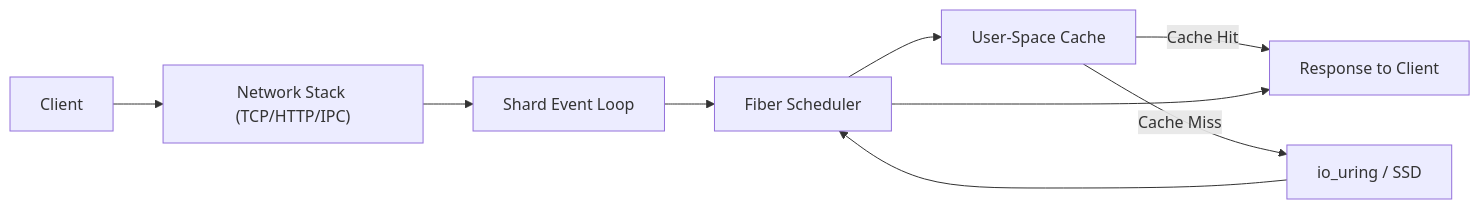
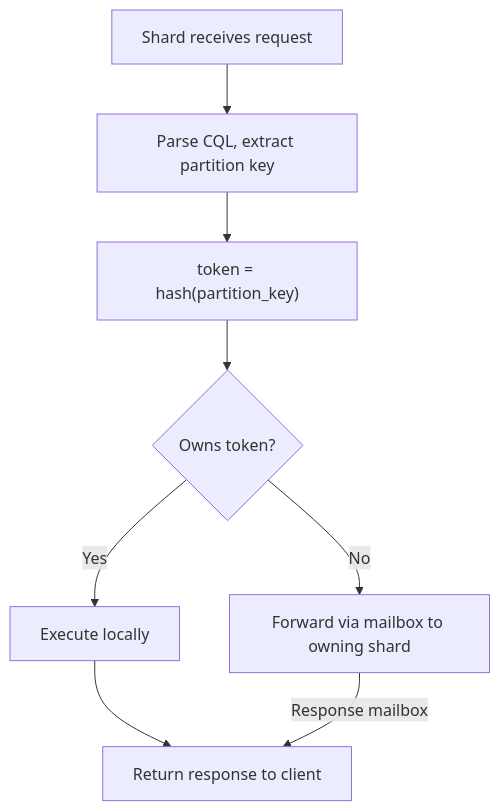
Before and after one commit to patricklbell/plexdb: the second of 4 diagrams in DESIGN.md, drawn with Mermaid. The commit also changed other lines of this file and 1 other file, not shown here.

````diff
--- a/DESIGN.md
+++ b/DESIGN.md
@@ -17,17 +143,15 @@
 ```mermaid
-flowchart LR
-    Client["Client"]
-    Network["Network Stack (TCP/HTTP/IPC)"]
-    EventLoop["Shard Event Loop"]
-    FiberScheduler["Fiber Scheduler"]
-    UserCache["User-Space Cache"]
-    ioUring["io_uring / SSD"]
-    Response["Response to Client"]
+flowchart TB
+    Recv["Shard receives request"]
+    Parse["Parse CQL, extract partition key"]
+    Hash["token = hash(partition_key)"]
+    Own{"Owns token?"}
+    Exec["Execute locally"]
+    Fwd["Forward via mailbox to owning shard"]
+    Resp["Return response to client"]
 
-    Client --> Network --> EventLoop --> FiberScheduler
-    FiberScheduler --> UserCache
-    UserCache -->|Cache Hit| Response
-    UserCache -->|Cache Miss| ioUring
-    ioUring --> FiberScheduler
-    FiberScheduler --> Response
+    Recv --> Parse --> Hash --> Own
+    Own -->|Yes| Exec --> Resp
+    Own -->|No| Fwd
+    Fwd -->|Response mailbox| Resp
 ```
````
